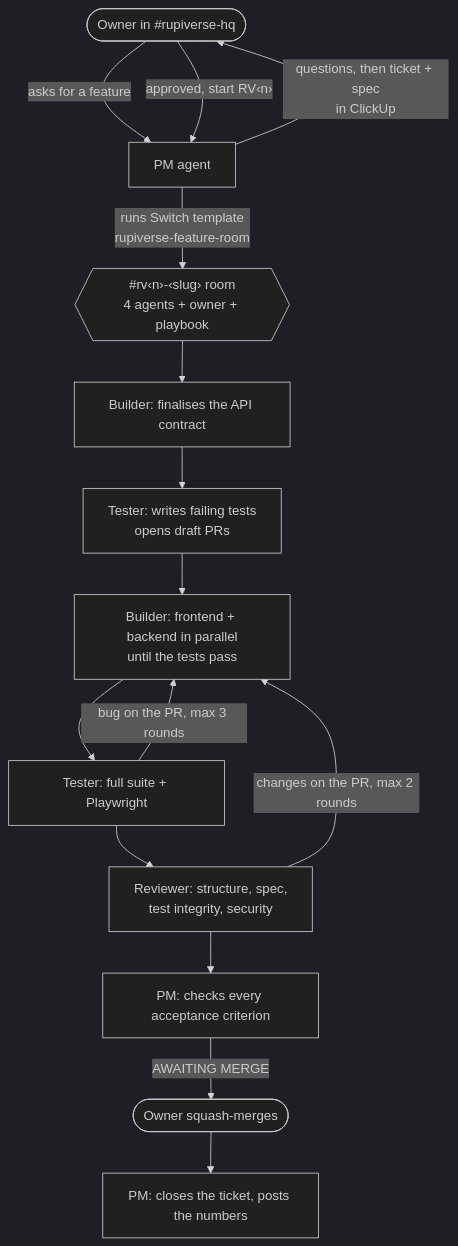
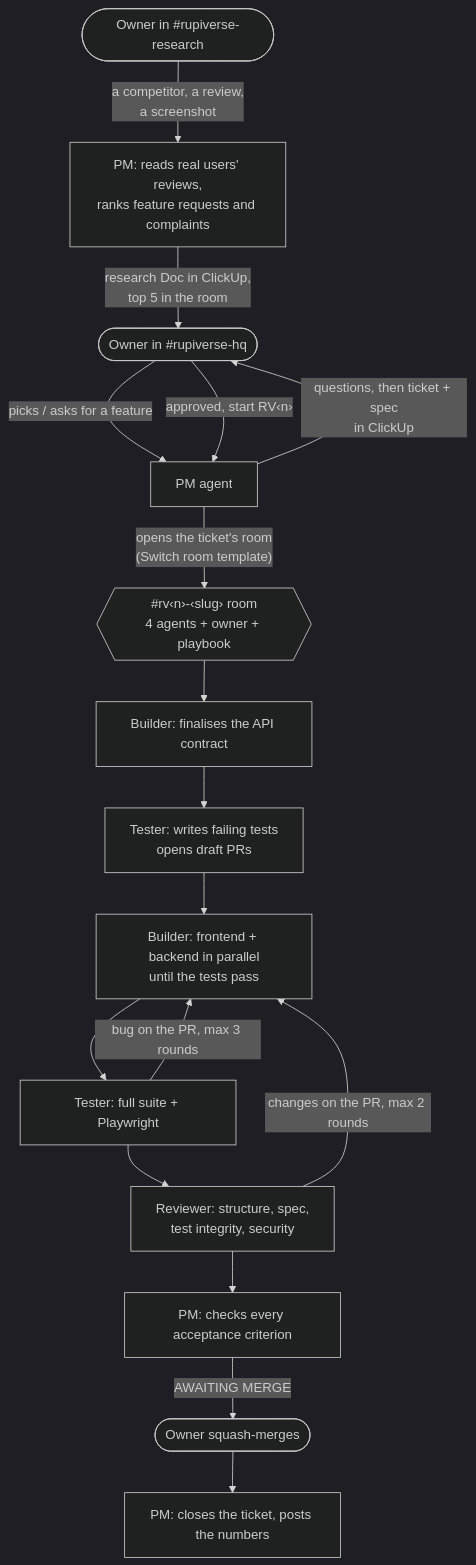
The diagram in README.md (way-nu/rupiverse-fts-hackathon), drawn with Mermaid (dark theme) before and after one commit. The commit also changed other lines of this file and 8 other files, not shown here.

````diff
--- a/README.md
+++ b/README.md
@@ -31,17 +46,19 @@
 ```mermaid
 flowchart TD
-    O([Owner in #rupiverse-hq]) -->|"asks for a feature"| PM[PM agent]
+    RS([Owner in #rupiverse-research]) -->|"a competitor, a review,<br/>a screenshot"| PMR[PM: reads real users' reviews,<br/>ranks feature requests and complaints]
+    PMR -->|"research Doc in ClickUp,<br/>top 5 in the room"| O
+    O([Owner in #rupiverse-hq]) -->|"picks / asks for a feature"| PM[PM agent]
     PM -->|"questions, then ticket + spec<br/>in ClickUp"| O
     O -->|"approved, start RV‹n›"| PM
-    PM -->|"runs Switch template<br/>rupiverse-feature-room"| R{{"#rv‹n›-‹slug› room<br/>4 agents + owner + playbook"}}
+    PM -->|"opens the ticket's room<br/>(Switch room template)"| R{{"#rv‹n›-‹slug› room<br/>4 agents + owner + playbook"}}
     R --> B1[Builder: finalises the API contract]
     B1 --> T1[Tester: writes failing tests<br/>opens draft PRs]
     T1 --> B2[Builder: frontend + backend in parallel<br/>until the tests pass]
     B2 --> T2[Tester: full suite + Playwright]
     T2 -->|"bug on the PR, max 3 rounds"| B2
     T2 --> RV[Reviewer: structure, spec,<br/>test integrity, security]
     RV -->|"changes on the PR, max 2 rounds"| B2
     RV --> PV[PM: checks every acceptance criterion]
     PV -->|AWAITING MERGE| O2([Owner squash-merges])
     O2 --> PM2[PM: closes the ticket, posts the numbers]
 ```
````
